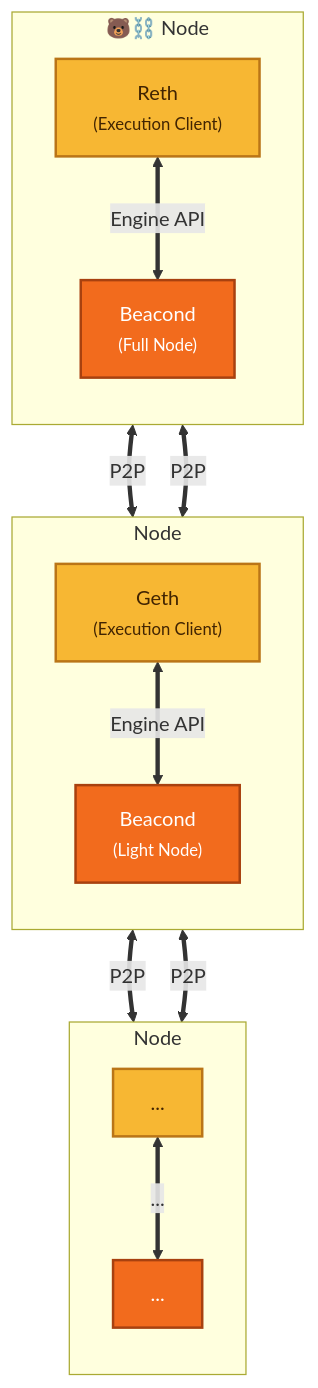
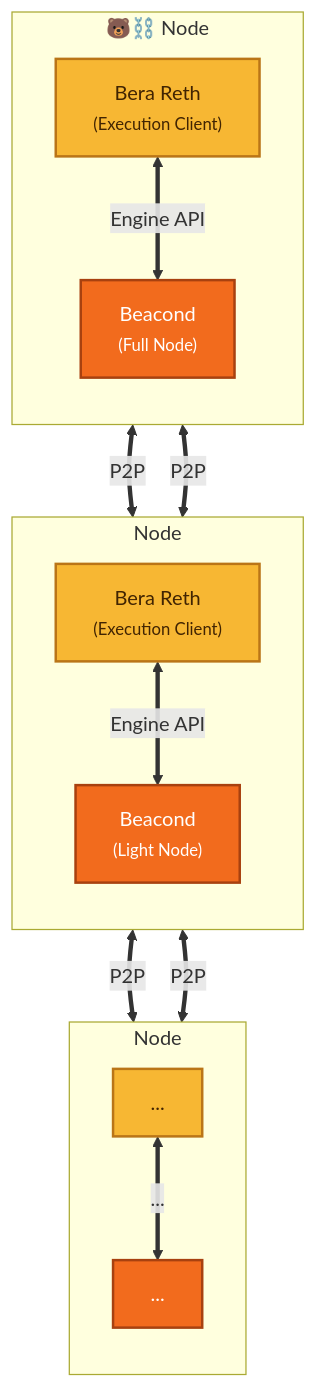
One commit to berachain/docs changed the diagram in nodes/overview/node-architecture.mdx. Above: the diagram before and after it, drawn with Mermaid.

Commit message:
Updated mintlify pages
- Updated nodes/overview/node-architecture.mdx

Mintlify-Source: dashboard-editor

````diff
--- a/nodes/overview/node-architecture.mdx
+++ b/nodes/overview/node-architecture.mdx
@@ -10,28 +10,28 @@
 ```mermaid
 flowchart TB
   subgraph N1["🐻⛓️ Node"]
     direction TB
-    R1["Reth<br/><small>(Execution Client)</small>"]:::evm
+    R1["Bera Reth<br/><small>(Execution Client)</small>"]:::evm
     B1["Beacond<br/><small>(Full Node)</small>"]:::cons
     R1 <== "Engine API" ==> B1
   end
   subgraph N2["Node"]
     direction TB
-    R2["Geth<br/><small>(Execution Client)</small>"]:::evm
+    R2["Bera Reth<br/><small>(Execution Client)</small>"]:::evm
     B2["Beacond<br/><small>(Light Node)</small>"]:::cons
     R2 <== "Engine API" ==> B2
   end
   subgraph N3["Node"]
     direction TB
     R3["..."]:::evm
     B3["..."]:::cons
     R3 <== "..." ==> B3
   end
   R1 <== "P2P" ==> R2
   R2 <== "P2P" ==> R3
   B1 <== "P2P" ==> B2
   B2 <== "P2P" ==> B3
 
   classDef evm fill:#f7b733,stroke:#ba7517,stroke-width:2px,color:#412402
   classDef cons fill:#f26b1d,stroke:#a8410f,stroke-width:2px,color:#ffffff
 ```
````
